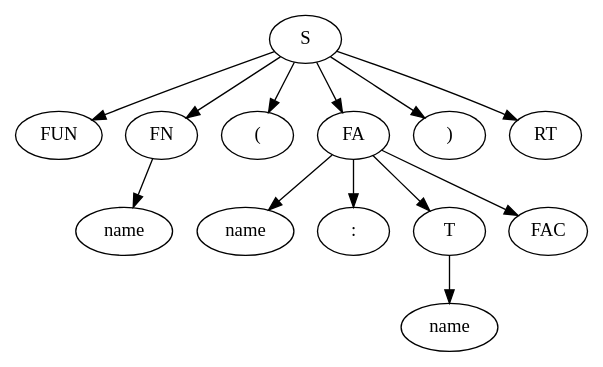
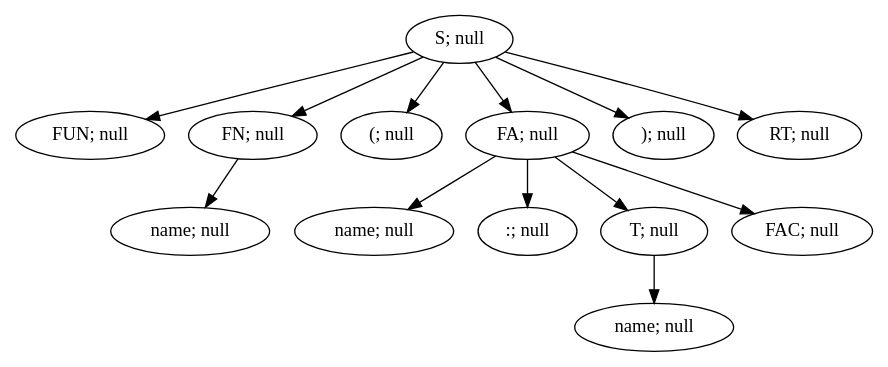
One commit to Ultimatereo/MT changed the diagram in lab4/graphK2.dot. Above: the diagram before and after it, drawn with Graphviz. The commit also changed 15 other files, not shown here.

Commit message:
changed graphviz

```diff
--- a/lab4/graphK2.dot
+++ b/lab4/graphK2.dot
@@ -1,39 +1,39 @@
 digraph ParserResult {
-"NonTerminal[name=S]_60" [label="S"]
-"Token{name='FUN', value='fun'}_48" [label="FUN"]
+"NonTerminal[name=S]_60" [label="S; null"]
+"Token{name='FUN', value='fun'}_48" [label="FUN; null"]
 "NonTerminal[name=S]_60"->"Token{name='FUN', value='fun'}_48";
-"Token{name='FUN', value='fun'}_48" [label="FUN"]
-"NonTerminal[name=FN]_50" [label="FN"]
+"Token{name='FUN', value='fun'}_48" [label="FUN; null"]
+"NonTerminal[name=FN]_50" [label="FN; null"]
 "NonTerminal[name=S]_60"->"NonTerminal[name=FN]_50";
-"NonTerminal[name=FN]_50" [label="FN"]
-"Token{name='name', value='a'}_49" [label="name"]
+"NonTerminal[name=FN]_50" [label="FN; null"]
+"Token{name='name', value='a'}_49" [label="name; null"]
 "NonTerminal[name=FN]_50"->"Token{name='name', value='a'}_49";
-"Token{name='name', value='a'}_49" [label="name"]
-"Token{name='(', value='('}_51" [label="("]
+"Token{name='name', value='a'}_49" [label="name; null"]
+"Token{name='(', value='('}_51" [label="(; null"]
 "NonTerminal[name=S]_60"->"Token{name='(', value='('}_51";
-"Token{name='(', value='('}_51" [label="("]
-"NonTerminal[name=FA]_57" [label="FA"]
+"Token{name='(', value='('}_51" [label="(; null"]
+"NonTerminal[name=FA]_57" [label="FA; null"]
 "NonTerminal[name=S]_60"->"NonTerminal[name=FA]_57";
-"NonTerminal[name=FA]_57" [label="FA"]
-"Token{name='name', value='d'}_52" [label="name"]
+"NonTerminal[name=FA]_57" [label="FA; null"]
+"Token{name='name', value='d'}_52" [label="name; null"]
 "NonTerminal[name=FA]_57"->"Token{name='name', value='d'}_52";
-"Token{name='name', value='d'}_52" [label="name"]
-"Token{name=':', value=':'}_53" [label=":"]
+"Token{name='name', value='d'}_52" [label="name; null"]
+"Token{name=':', value=':'}_53" [label=":; null"]
 "NonTerminal[name=FA]_57"->"Token{name=':', value=':'}_53";
-"Token{name=':', value=':'}_53" [label=":"]
-"NonTerminal[name=T]_55" [label="T"]
+"Token{name=':', value=':'}_53" [label=":; null"]
+"NonTerminal[name=T]_55" [label="T; null"]
 "NonTerminal[name=FA]_57"->"NonTerminal[name=T]_55";
-"NonTerminal[name=T]_55" [label="T"]
-"Token{name='name', value='Int'}_54" [label="name"]
+"NonTerminal[name=T]_55" [label="T; null"]
+"Token{name='name', value='Int'}_54" [label="name; null"]
 "NonTerminal[name=T]_55"->"Token{name='name', value='Int'}_54";
-"Token{name='name', value='Int'}_54" [label="name"]
-"NonTerminal[name=FAC]_56" [label="FAC"]
+"Token{name='name', value='Int'}_54" [label="name; null"]
+"NonTerminal[name=FAC]_56" [label="FAC; null"]
 "NonTerminal[name=FA]_57"->"NonTerminal[name=FAC]_56";
-"NonTerminal[name=FAC]_56" [label="FAC"]
-"Token{name=')', value=')'}_58" [label=")"]
+"NonTerminal[name=FAC]_56" [label="FAC; null"]
+"Token{name=')', value=')'}_58" [label="); null"]
 "NonTerminal[name=S]_60"->"Token{name=')', value=')'}_58";
-"Token{name=')', value=')'}_58" [label=")"]
-"NonTerminal[name=RT]_59" [label="RT"]
+"Token{name=')', value=')'}_58" [label="); null"]
+"NonTerminal[name=RT]_59" [label="RT; null"]
 "NonTerminal[name=S]_60"->"NonTerminal[name=RT]_59";
-"NonTerminal[name=RT]_59" [label="RT"]
+"NonTerminal[name=RT]_59" [label="RT; null"]
 }
```
